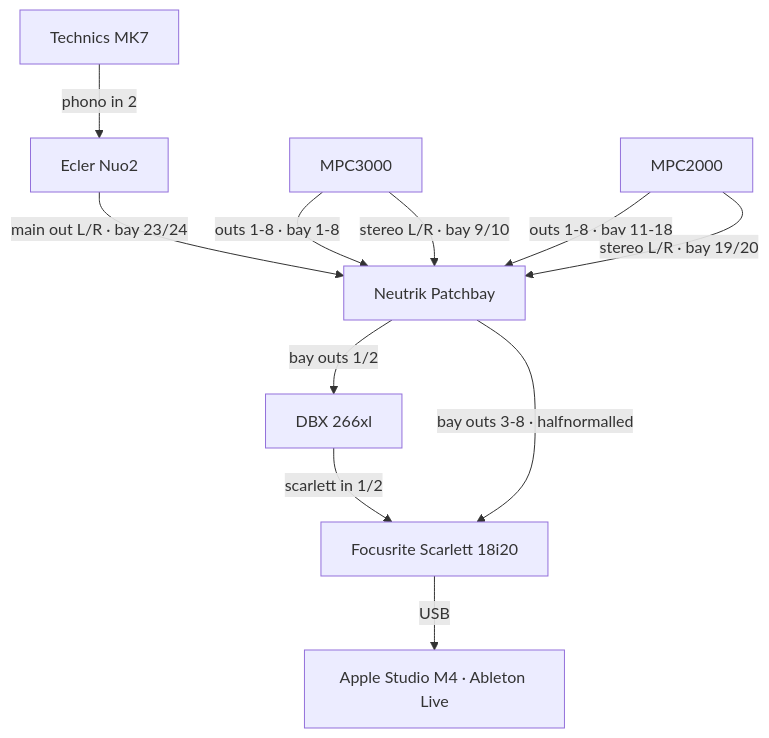
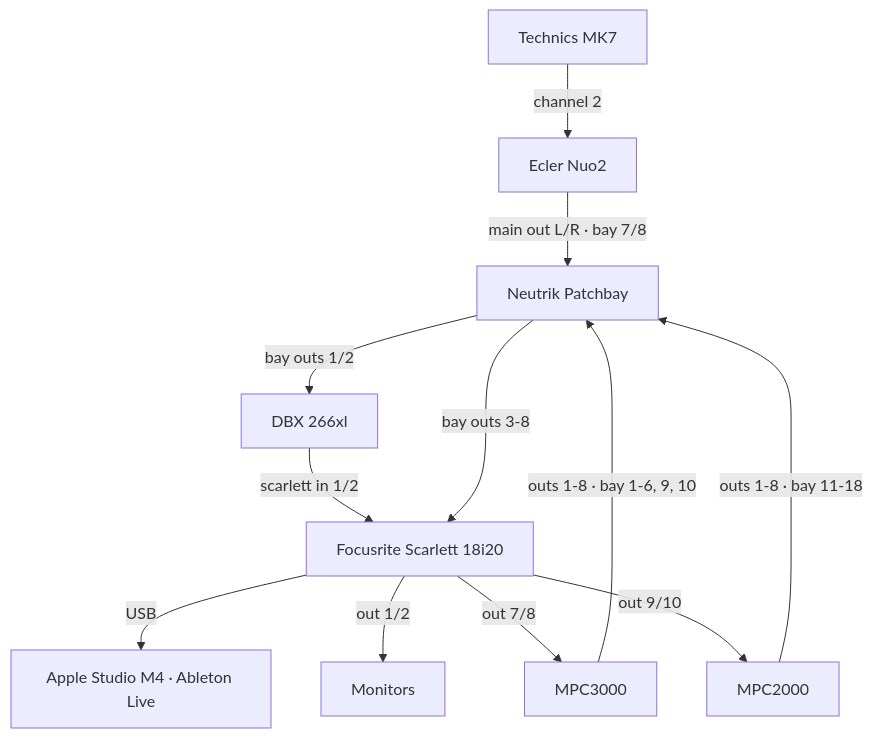
One commit to christian-frei/audio-studio changed the diagram in README.md. Above: the diagram before and after it, drawn with Mermaid. The commit also changed other lines of this file and 2 other files, not shown here.

Commit message:
update: signal chain with Scarlett outputs and revised patchbay routing

````diff
--- a/README.md
+++ b/README.md
@@ -14,16 +14,17 @@
 ```mermaid
 graph TD
-    TT[Technics MK7] -->|phono in 2| MIX[Ecler Nuo2]
-    MIX -->|main out L/R · bay 23/24| PB[Neutrik Patchbay]
+    TT[Technics MK7] -->|channel 2| MIX[Ecler Nuo2]
+    MIX -->|main out L/R · bay 7/8| PB[Neutrik Patchbay]
 
-    MPC3000 -->|outs 1-8 · bay 1-8| PB
-    MPC3000 -->|stereo L/R · bay 9/10| PB
+    MPC3000 -->|outs 1-8 · bay 1-6, 9, 10| PB
     MPC2000 -->|outs 1-8 · bay 11-18| PB
-    MPC2000 -->|stereo L/R · bay 19/20| PB
 
     PB -->|bay outs 1/2| DBX[DBX 266xl]
     DBX -->|scarlett in 1/2| SC[Focusrite Scarlett 18i20]
-    PB -->|bay outs 3-8 · halfnormalled| SC
+    PB -->|bay outs 3-8| SC
 
     SC -->|USB| MAC[Apple Studio M4 · Ableton Live]
+    SC -->|out 1/2| MON[Monitors]
+    SC -->|out 7/8| MPC3000
+    SC -->|out 9/10| MPC2000
 ```
````
